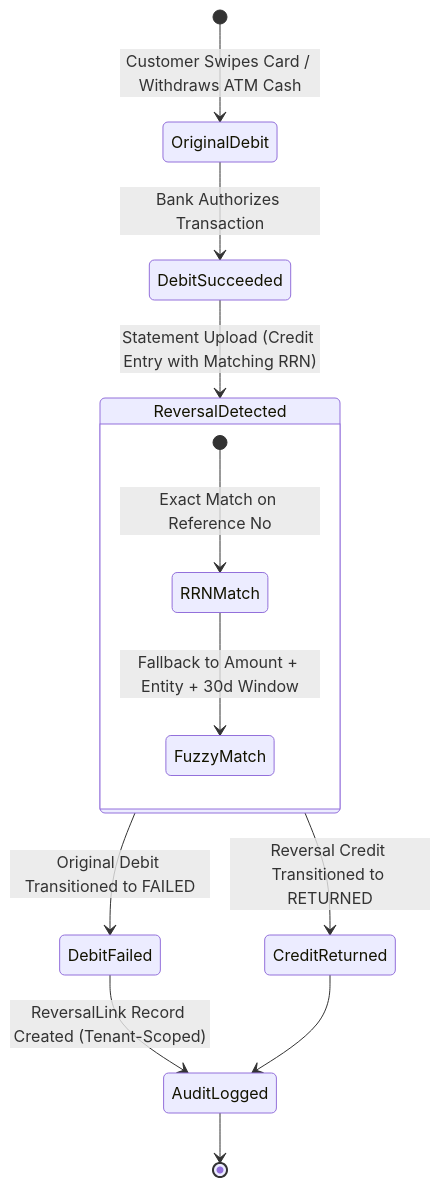
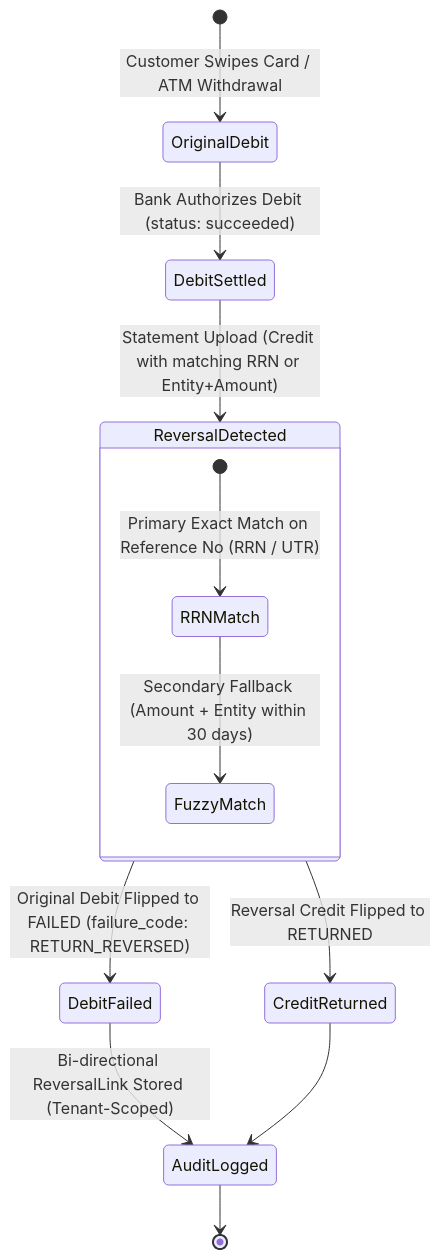
Before and after one commit to Ruturaj-jawale/commerce-buzz: the third of 4 diagrams in MASTER_SPECIFICATION.md, drawn with Mermaid. The commit also changed other lines of this file and 8 other files, not shown here.

Commit message:
feat: add payment rail volume donut, cumulative liquidity trajectory, reversal flow chart, and database backfill for banking analytics

````diff
--- a/MASTER_SPECIFICATION.md
+++ b/MASTER_SPECIFICATION.md
@@ -163,15 +142,15 @@
 ```mermaid
 stateDiagram-v2
-    [*] --> OriginalDebit: Customer Swipes Card / Withdraws ATM Cash
-    OriginalDebit --> DebitSucceeded: Bank Authorizes Transaction
-    DebitSucceeded --> ReversalDetected: Statement Upload (Credit Entry with Matching RRN)
+    [*] --> OriginalDebit: Customer Swipes Card / ATM Withdrawal
+    OriginalDebit --> DebitSettled: Bank Authorizes Debit (status: succeeded)
+    DebitSettled --> ReversalDetected: Statement Upload (Credit with matching RRN or Entity+Amount)
     state ReversalDetected {
-        [*] --> RRNMatch: Exact Match on Reference No
-        RRNMatch --> FuzzyMatch: Fallback to Amount + Entity + 30d Window
+        [*] --> RRNMatch: Primary Exact Match on Reference No (RRN / UTR)
+        RRNMatch --> FuzzyMatch: Secondary Fallback (Amount + Entity within 30 days)
     }
-    ReversalDetected --> DebitFailed: Original Debit Transitioned to FAILED
-    ReversalDetected --> CreditReturned: Reversal Credit Transitioned to RETURNED
-    DebitFailed --> AuditLogged: ReversalLink Record Created (Tenant-Scoped)
+    ReversalDetected --> DebitFailed: Original Debit Flipped to FAILED (failure_code: RETURN_REVERSED)
+    ReversalDetected --> CreditReturned: Reversal Credit Flipped to RETURNED
+    DebitFailed --> AuditLogged: Bi-directional ReversalLink Stored (Tenant-Scoped)
     CreditReturned --> AuditLogged
     AuditLogged --> [*]
 ```
````
